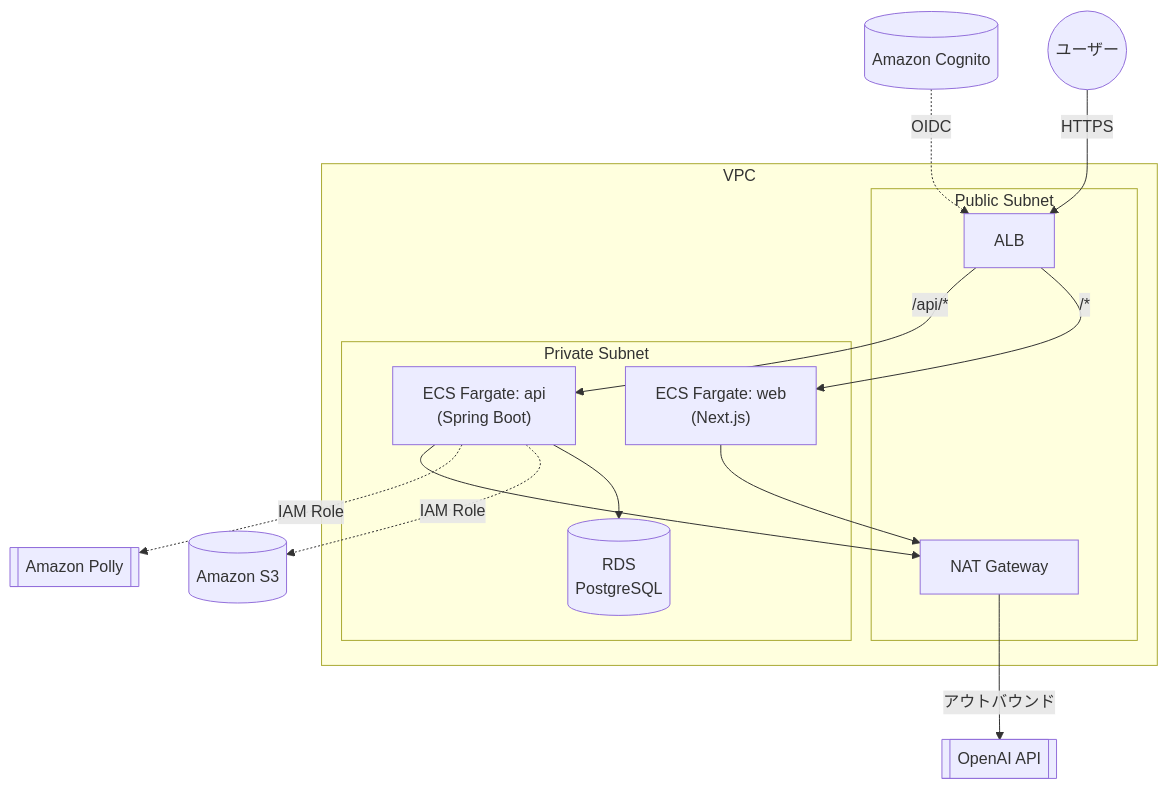
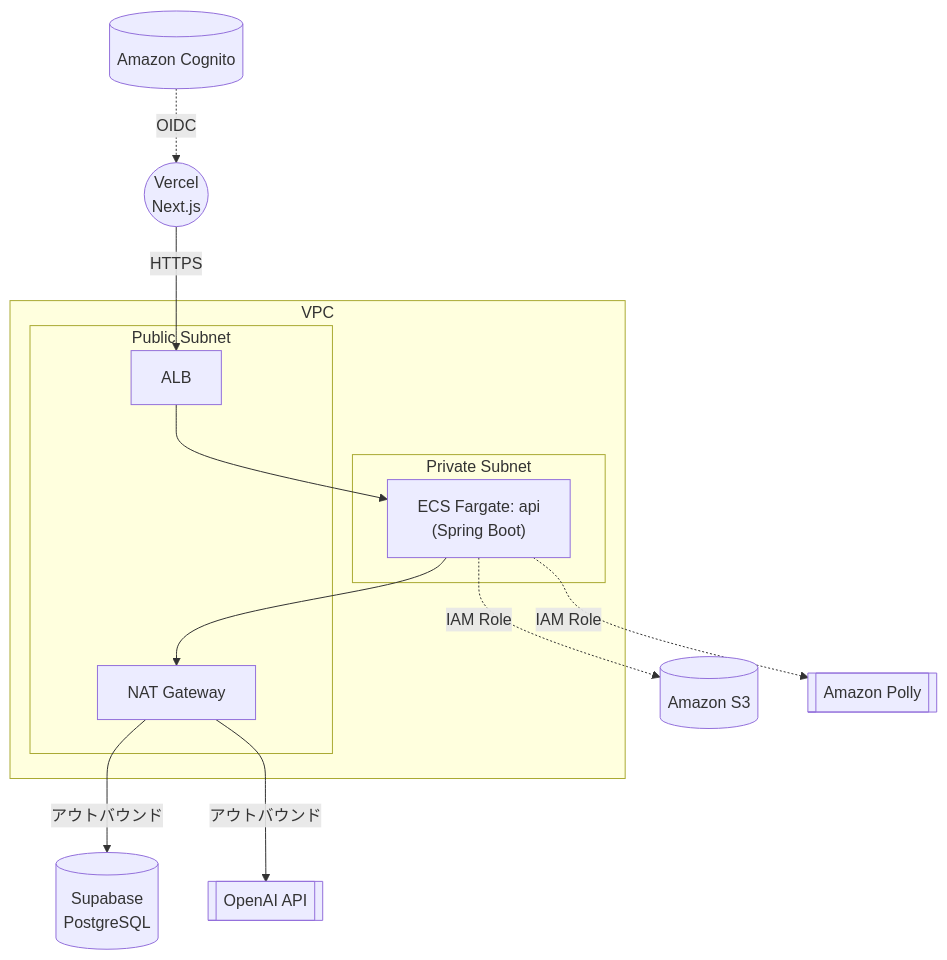
Before and after one commit to h-fujiwara-dev/ielts-creater: the diagram in README.md, drawn with Mermaid. The commit also changed other lines of this file and 3 other files, not shown here.

````diff
--- a/README.md
+++ b/README.md
@@ -30,26 +30,24 @@
 ```mermaid
 flowchart TB
-    User((ユーザー)) -->|HTTPS| ALB
+    Vercel((Vercel<br/>Next.js))
+    Supabase[("Supabase<br/>PostgreSQL")]
 
     subgraph VPC["VPC"]
         subgraph Public["Public Subnet"]
             ALB[ALB]
             NAT[NAT Gateway]
         end
         subgraph Private["Private Subnet"]
-            Web["ECS Fargate: web<br/>(Next.js)"]
             Api["ECS Fargate: api<br/>(Spring Boot)"]
-            Rds[("RDS<br/>PostgreSQL")]
         end
     end
 
-    ALB -->|"/*"| Web
-    ALB -->|"/api/*"| Api
-    Api --> Rds
+    Vercel -->|HTTPS| ALB
+    ALB --> Api
+    Api --> NAT
+    NAT -->|アウトバウンド| Supabase
+    NAT -->|アウトバウンド| OpenAI[["OpenAI API"]]
     Api -.IAM Role.-> S3[("Amazon S3")]
     Api -.IAM Role.-> Polly[["Amazon Polly"]]
-    Web --> NAT
-    Api --> NAT
-    NAT -->|アウトバウンド| OpenAI[["OpenAI API"]]
-    Cognito[("Amazon Cognito")] -.OIDC.-> ALB
+    Cognito[("Amazon Cognito")] -.OIDC.-> Vercel
 ```
````
